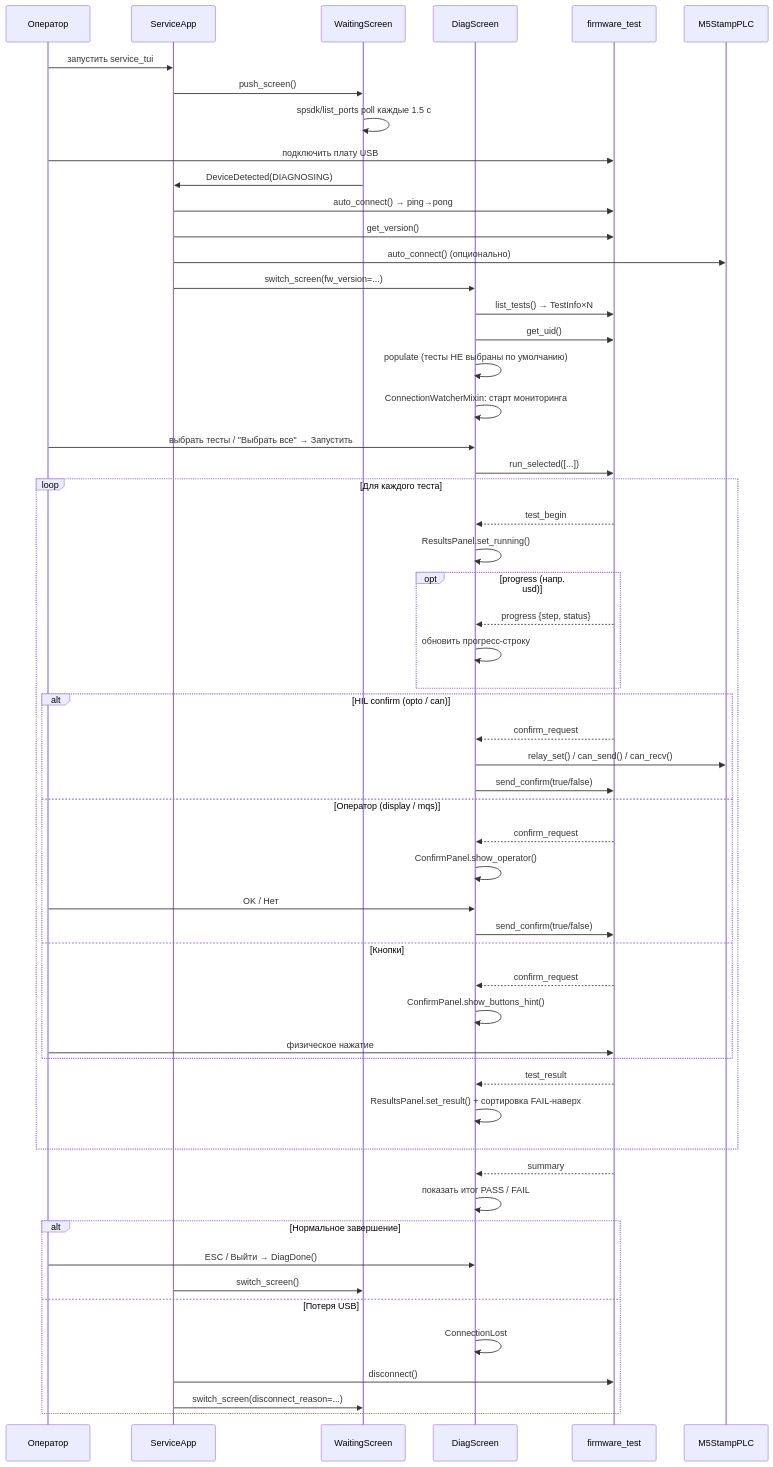
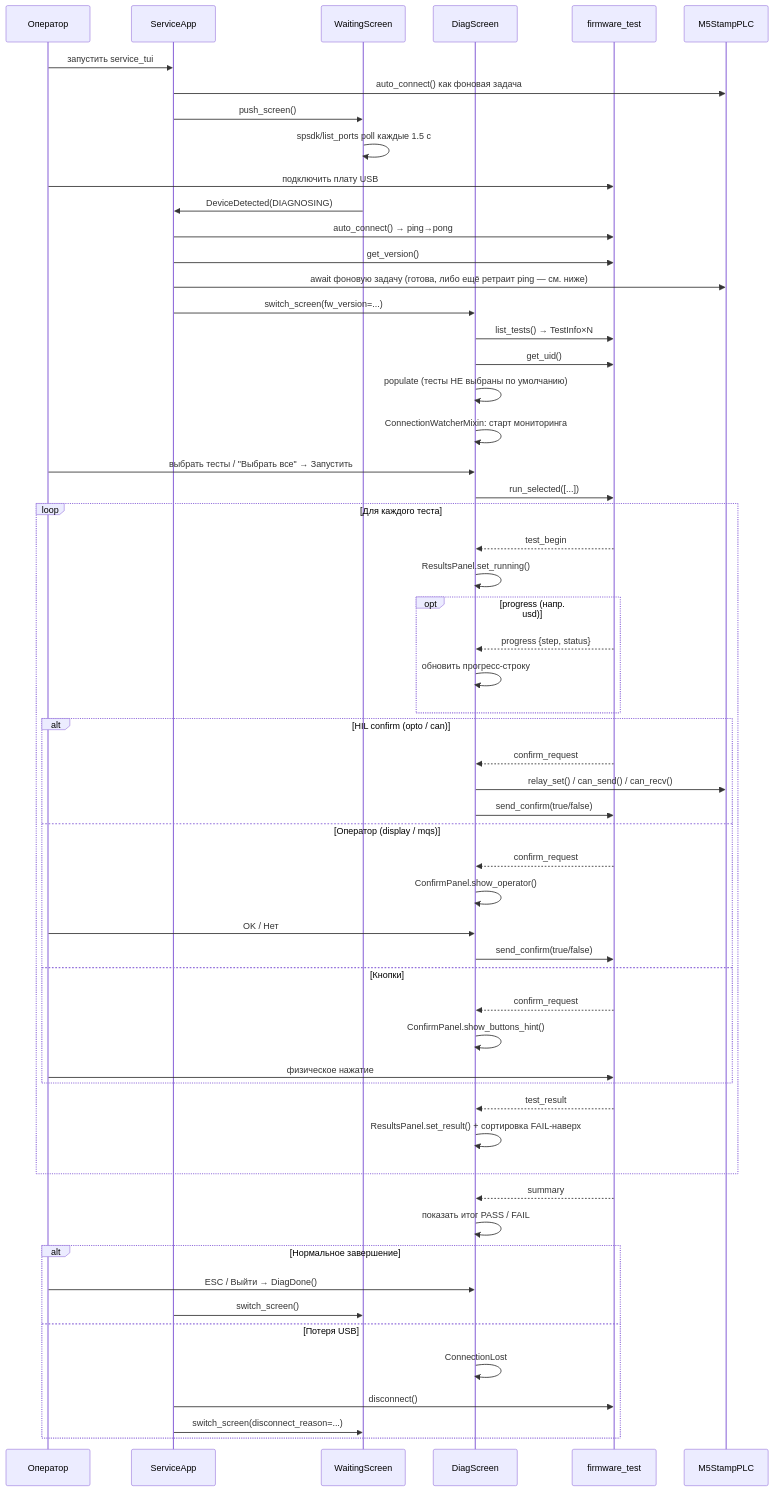
One commit to OSabuser/tft_manufacture_test changed the fifth of 5 diagrams in tools/service_tui/docs/DEV_ARCH.md. Above: the diagram before and after it, drawn with Mermaid. The commit also changed other lines of this file and 6 other files, not shown here.

````diff
--- a/tools/service_tui/docs/DEV_ARCH.md
+++ b/tools/service_tui/docs/DEV_ARCH.md
@@ -503,68 +503,69 @@
 ```mermaid
 sequenceDiagram
     participant OP as Оператор
     participant TUI as ServiceApp
     participant WS as WaitingScreen
     participant DS as DiagScreen
     participant FW as firmware_test
     participant M5 as M5StampPLC
 
     OP->>TUI: запустить service_tui
+    TUI->>M5: auto_connect() как фоновая задача
     TUI->>WS: push_screen()
     WS->>WS: spsdk/list_ports poll каждые 1.5 с
 
     OP->>FW: подключить плату USB
     WS->>TUI: DeviceDetected(DIAGNOSING)
     TUI->>FW: auto_connect() → ping→pong
     TUI->>FW: get_version()
-    TUI->>M5: auto_connect() (опционально)
+    TUI->>M5: await фоновую задачу (готова, либо ещё ретраит ping — см. ниже)
     TUI->>DS: switch_screen(fw_version=...)
 
     DS->>FW: list_tests() → TestInfo×N
     DS->>FW: get_uid()
     DS->>DS: populate (тесты НЕ выбраны по умолчанию)
     DS->>DS: ConnectionWatcherMixin: старт мониторинга
 
     OP->>DS: выбрать тесты / "Выбрать все" → Запустить
     DS->>FW: run_selected([...])
 
     loop Для каждого теста
         FW-->>DS: test_begin
         DS->>DS: ResultsPanel.set_running()
 
         opt progress (напр. usd)
             FW-->>DS: progress {step, status}
             DS->>DS: обновить прогресс-строку
         end
 
         alt HIL confirm (opto / can)
             FW-->>DS: confirm_request
             DS->>M5: relay_set() / can_send() / can_recv()
             DS->>FW: send_confirm(true/false)
         else Оператор (display / mqs)
             FW-->>DS: confirm_request
             DS->>DS: ConfirmPanel.show_operator()
             OP->>DS: OK / Нет
             DS->>FW: send_confirm(true/false)
         else Кнопки
             FW-->>DS: confirm_request
             DS->>DS: ConfirmPanel.show_buttons_hint()
             OP->>FW: физическое нажатие
         end
 
         FW-->>DS: test_result
         DS->>DS: ResultsPanel.set_result() + сортировка FAIL-наверх
     end
 
     FW-->>DS: summary
     DS->>DS: показать итог PASS / FAIL
 
     alt Нормальное завершение
         OP->>DS: ESC / Выйти → DiagDone()
         TUI->>WS: switch_screen()
     else Потеря USB
         DS->>DS: ConnectionLost
         TUI->>FW: disconnect()
         TUI->>WS: switch_screen(disconnect_reason=...)
     end
 ```
````
